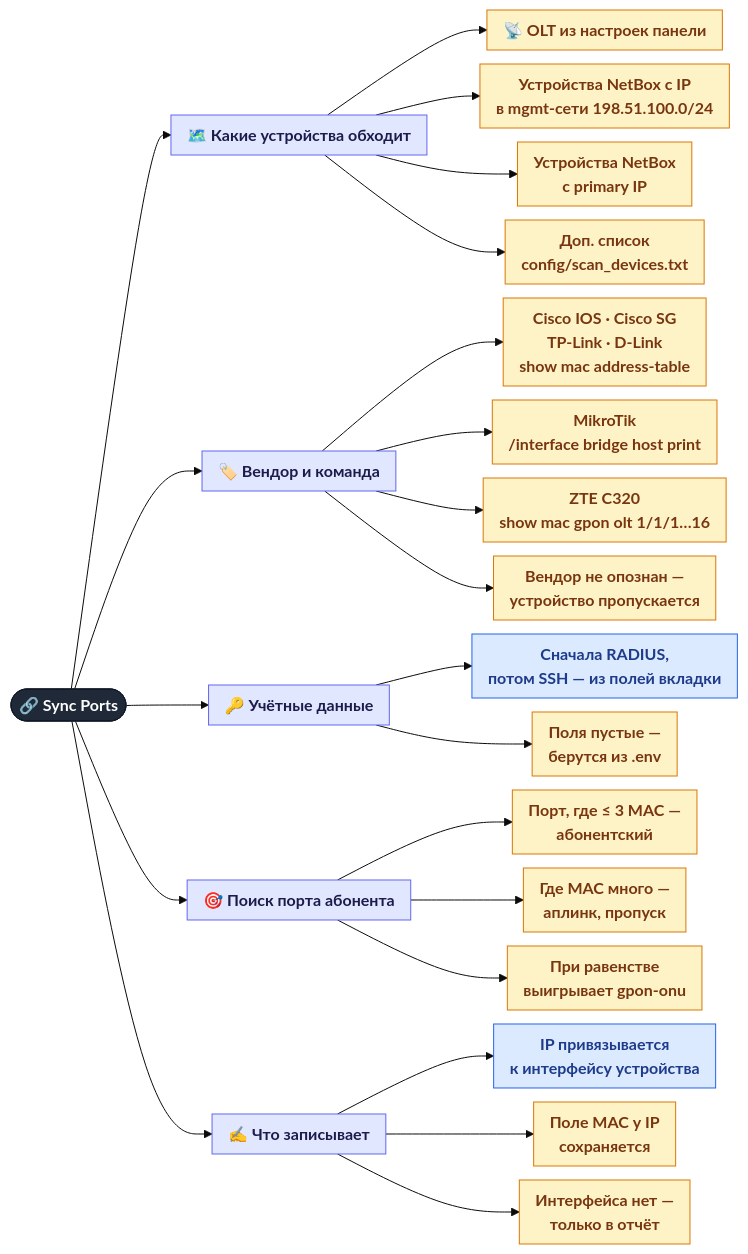
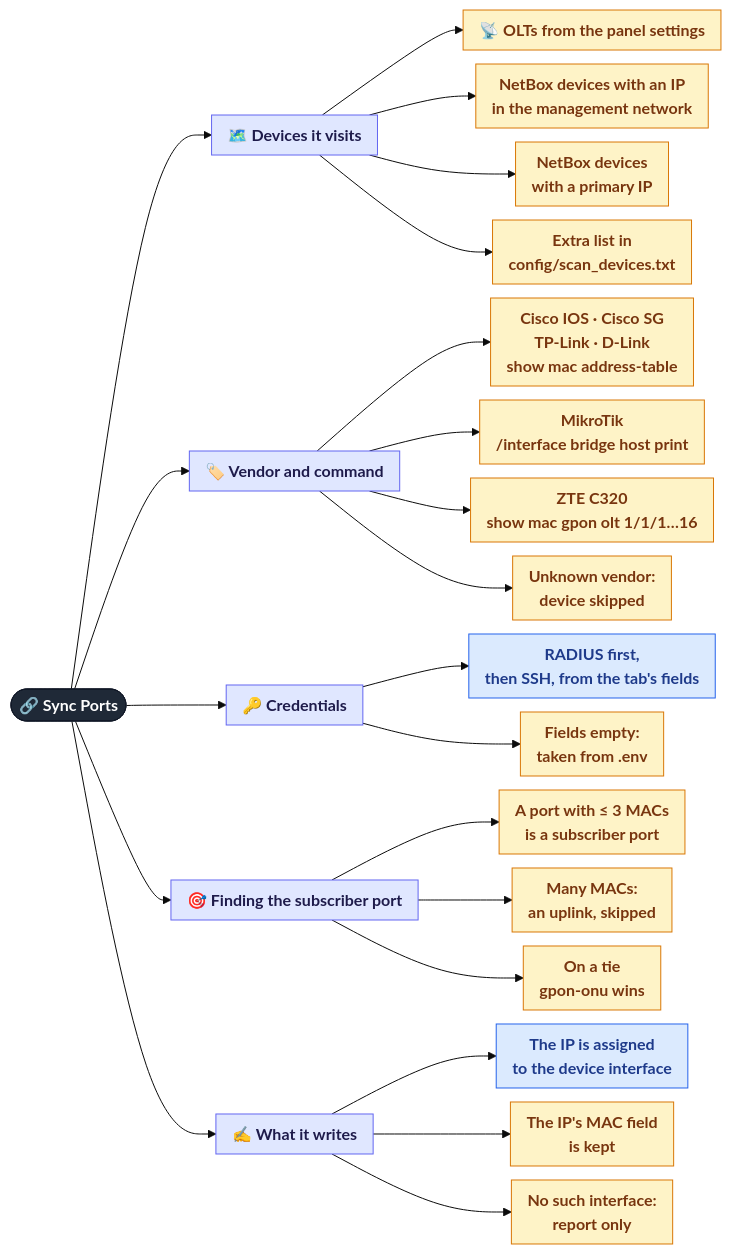
One commit to Madly222/MCPforMonitoring changed the third of 4 diagrams in docs/features/06a-netbox-mac-sync.md. Above: the diagram before and after it, drawn with Mermaid (base theme). The commit also changed other lines of this file and 37 other files, not shown here.

````diff
--- a/docs/features/06a-netbox-mac-sync.md
+++ b/docs/features/06a-netbox-mac-sync.md
@@ -73,36 +73,36 @@
 ```mermaid
 %%{init: {"flowchart": {"nodeSpacing": 14, "rankSpacing": 45, "curve": "basis", "padding": 8, "wrappingWidth": 260}}}%%
 flowchart LR
     ROOT(["🔗 Sync Ports"]):::root
 
-    ROOT --> WHO["🗺️ Какие устройства обходит"]:::group
-    WHO --> D1["📡 OLT из настроек панели"]:::auto
-    WHO --> D2["Устройства NetBox с IP<br/>в mgmt-сети 198.51.100.0/24"]:::auto
-    WHO --> D3["Устройства NetBox<br/>с primary IP"]:::auto
-    WHO --> D4["Доп. список<br/>config/scan_devices.txt"]:::auto
+    ROOT --> WHO["🗺️ Devices it visits"]:::group
+    WHO --> D1["📡 OLTs from the panel settings"]:::auto
+    WHO --> D2["NetBox devices with an IP<br/>in the management network"]:::auto
+    WHO --> D3["NetBox devices<br/>with a primary IP"]:::auto
+    WHO --> D4["Extra list in<br/>config/scan_devices.txt"]:::auto
 
-    ROOT --> VEND["🏷️ Вендор и команда"]:::group
+    ROOT --> VEND["🏷️ Vendor and command"]:::group
     VEND --> V1["Cisco IOS · Cisco SG<br/>TP-Link · D-Link<br/>show mac address-table"]:::auto
     VEND --> V2["MikroTik<br/>/interface bridge host print"]:::auto
     VEND --> V3["ZTE C320<br/>show mac gpon olt 1/1/1…16"]:::auto
-    VEND --> V4["Вендор не опознан —<br/>устройство пропускается"]:::auto
+    VEND --> V4["Unknown vendor:<br/>device skipped"]:::auto
 
-    ROOT --> CRED["🔑 Учётные данные"]:::group
-    CRED --> K1["Сначала RADIUS,<br/>потом SSH — из полей вкладки"]:::admin
-    CRED --> K2["Поля пустые —<br/>берутся из .env"]:::auto
+    ROOT --> CRED["🔑 Credentials"]:::group
+    CRED --> K1["RADIUS first,<br/>then SSH, from the tab's fields"]:::admin
+    CRED --> K2["Fields empty:<br/>taken from .env"]:::auto
 
-    ROOT --> LEAF["🎯 Поиск порта абонента"]:::group
-    LEAF --> L1["Порт, где ≤ 3 MAC —<br/>абонентский"]:::auto
-    LEAF --> L2["Где MAC много —<br/>аплинк, пропуск"]:::auto
-    LEAF --> L3["При равенстве<br/>выигрывает gpon-onu"]:::auto
+    ROOT --> LEAF["🎯 Finding the subscriber port"]:::group
+    LEAF --> L1["A port with ≤ 3 MACs<br/>is a subscriber port"]:::auto
+    LEAF --> L2["Many MACs:<br/>an uplink, skipped"]:::auto
+    LEAF --> L3["On a tie<br/>gpon-onu wins"]:::auto
 
-    ROOT --> WR["✍️ Что записывает"]:::group
-    WR --> R1["IP привязывается<br/>к интерфейсу устройства"]:::admin
-    WR --> R2["Поле MAC у IP<br/>сохраняется"]:::auto
-    WR --> R3["Интерфейса нет —<br/>только в отчёт"]:::auto
+    ROOT --> WR["✍️ What it writes"]:::group
+    WR --> R1["The IP is assigned<br/>to the device interface"]:::admin
+    WR --> R2["The IP's MAC field<br/>is kept"]:::auto
+    WR --> R3["No such interface:<br/>report only"]:::auto
 
     classDef root  fill:#1f2937,stroke:#111827,color:#ffffff,font-weight:bold
     classDef group fill:#e0e7ff,stroke:#6366f1,color:#1e1b4b,font-weight:bold
     classDef admin fill:#dbeafe,stroke:#2563eb,color:#1e3a8a
     classDef auto  fill:#fef3c7,stroke:#d97706,color:#78350f
 ```
````
